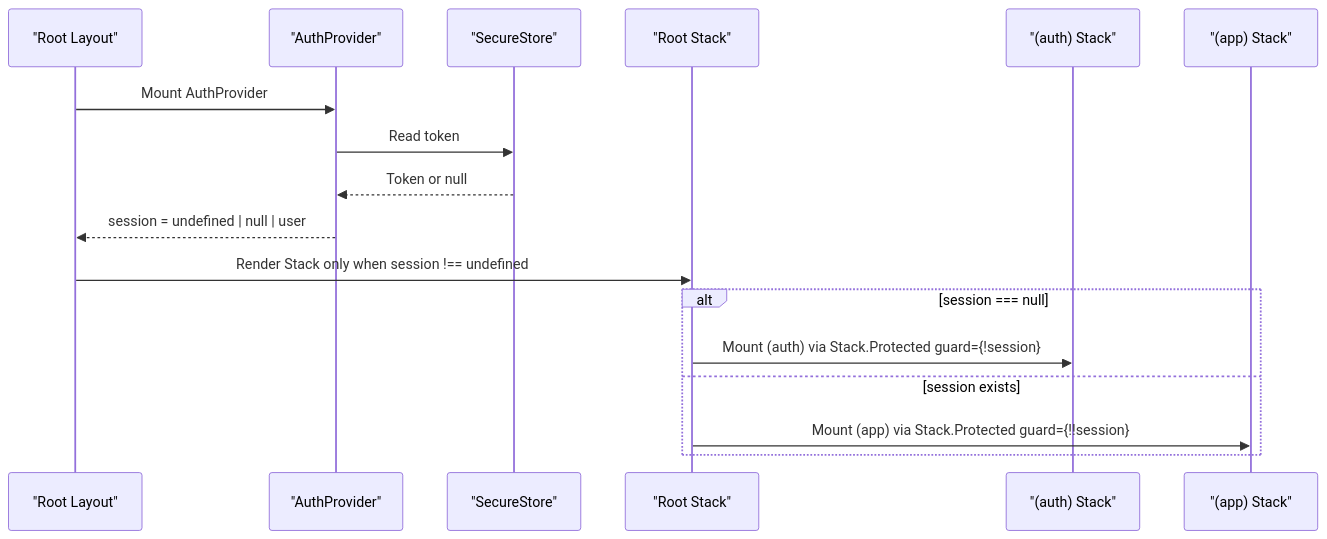
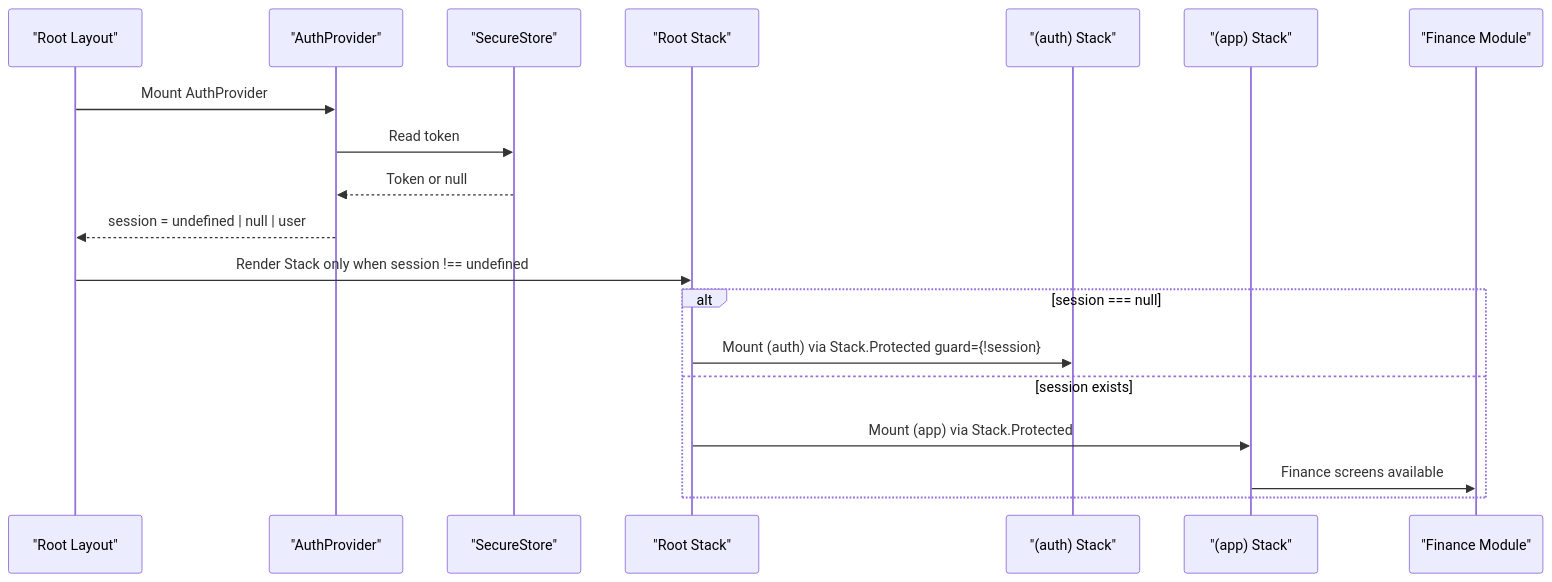
The second of 8 diagrams in .qoder/repowiki/en/content/Architecture Overview/Navigation Architecture.md (Muhammad-Masood/tijarah-ai-app), drawn with Mermaid before and after one commit. The commit also changed other lines of this file and 25 other files, not shown here.

````diff
--- a/.qoder/repowiki/en/content/Architecture Overview/Navigation Architecture.md
+++ b/.qoder/repowiki/en/content/Architecture Overview/Navigation Architecture.md
@@ -98,19 +123,21 @@
 ```mermaid
 sequenceDiagram
 participant Boot as "Root Layout"
 participant Auth as "AuthProvider"
 participant Store as "SecureStore"
 participant Nav as "Root Stack"
 participant AuthGroup as "(auth) Stack"
 participant AppGroup as "(app) Stack"
+participant FinanceModule as "Finance Module"
 Boot->>Auth : Mount AuthProvider
 Auth->>Store : Read token
 Store-->>Auth : Token or null
 Auth-->>Boot : session = undefined | null | user
 Boot->>Nav : Render Stack only when session !== undefined
 alt session === null
 Nav->>AuthGroup : Mount (auth) via Stack.Protected guard={!session}
 else session exists
-Nav->>AppGroup : Mount (app) via Stack.Protected guard={!!session}
+Nav->>AppGroup : Mount (app) via Stack.Protected
+AppGroup->>FinanceModule : Finance screens available
 end
 ```
````
